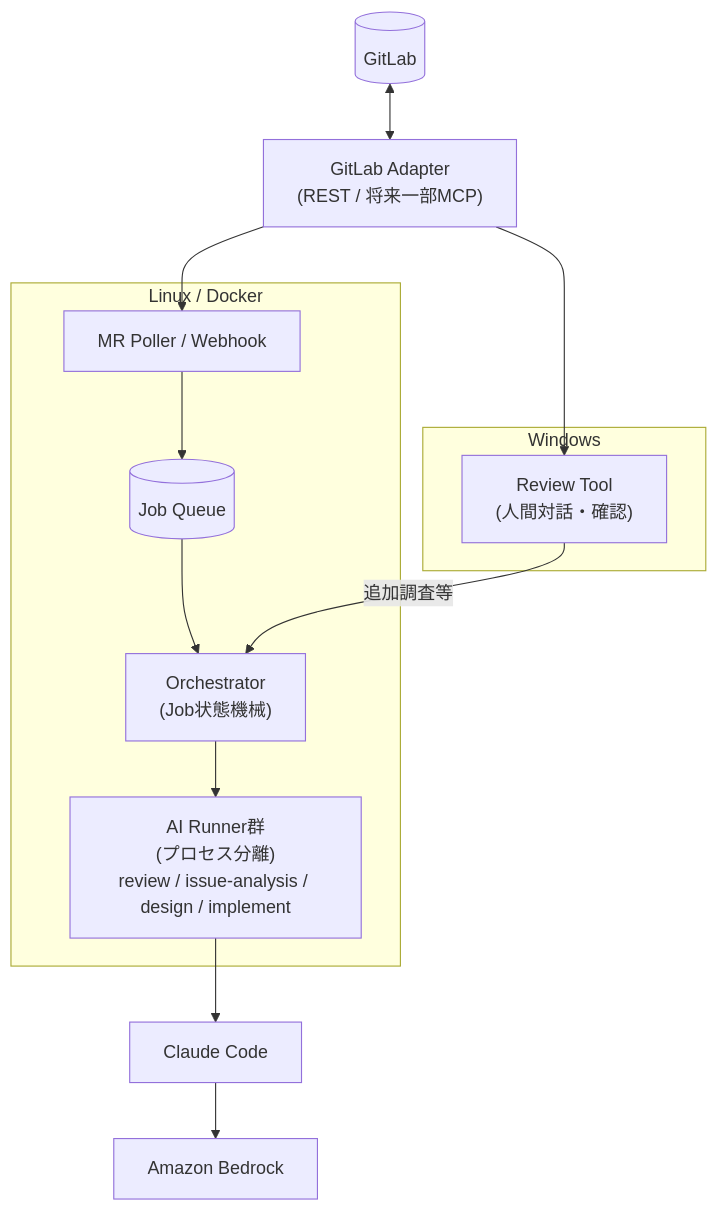
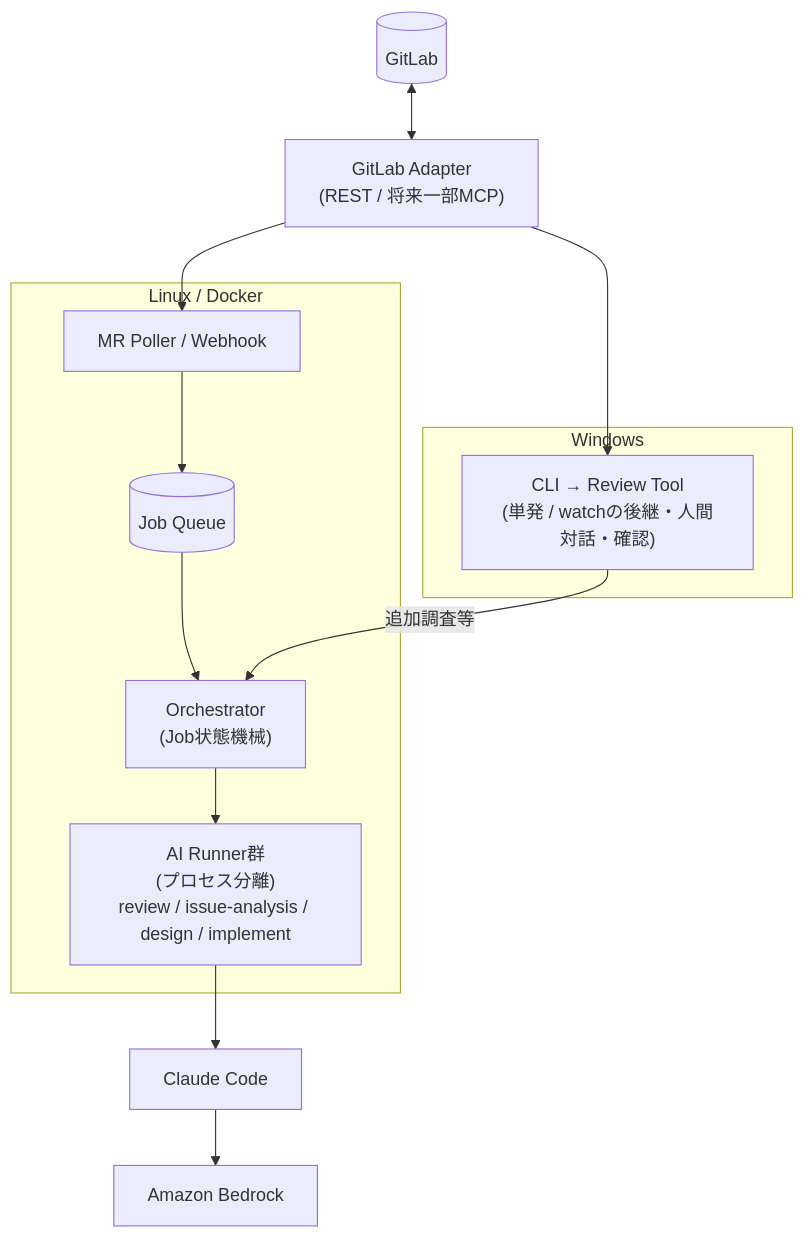
The second of 2 diagrams in docs/architecture.md (AtsushiNi/gitlab-ai-platform), drawn with Mermaid before and after one commit. The commit also changed other lines of this file, not shown here.

First line of the commit message:
D-3: レビュー指摘を反映(表の列欠落・Orchestrator担当範囲・CLI/ReviewToolの対応関係)

````diff
--- a/docs/architecture.md
+++ b/docs/architecture.md
@@ -48,26 +48,26 @@
 ```mermaid
 flowchart TD
     GitLab[("GitLab")]
     Adapter["GitLab Adapter\n(REST / 将来一部MCP)"]
     GitLab <--> Adapter
 
     subgraph WindowsSide["Windows"]
-        ReviewTool["Review Tool\n(人間対話・確認)"]
+        ReviewTool["CLI → Review Tool\n(単発 / watchの後継・人間対話・確認)"]
     end
 
     subgraph LinuxSide["Linux / Docker"]
         PollerWebhook["MR Poller / Webhook"]
         Queue[("Job Queue")]
         Orchestrator["Orchestrator\n(Job状態機械)"]
         Runners["AI Runner群\n(プロセス分離)\nreview / issue-analysis / design / implement"]
     end
 
     Adapter --> ReviewTool
     Adapter --> PollerWebhook
     PollerWebhook --> Queue
     Queue --> Orchestrator
     ReviewTool -- "追加調査等" --> Orchestrator
     Orchestrator --> Runners
     Runners --> ClaudeCode["Claude Code"]
     ClaudeCode --> Bedrock["Amazon Bedrock"]
 ```
````
